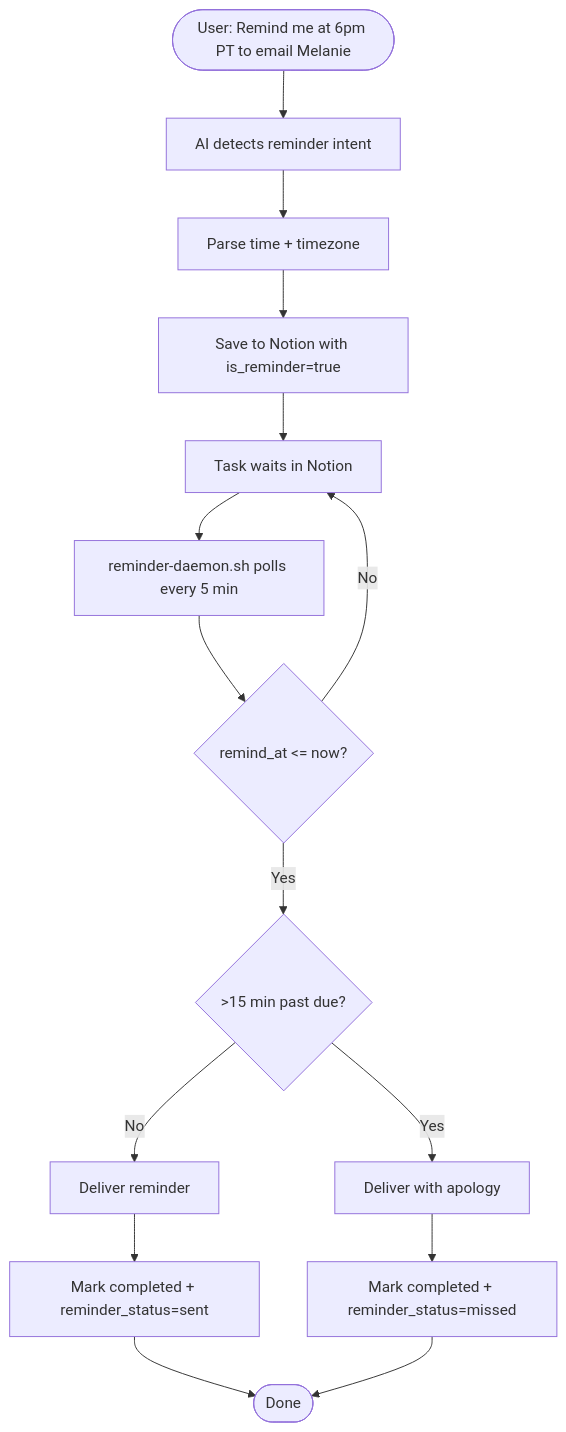
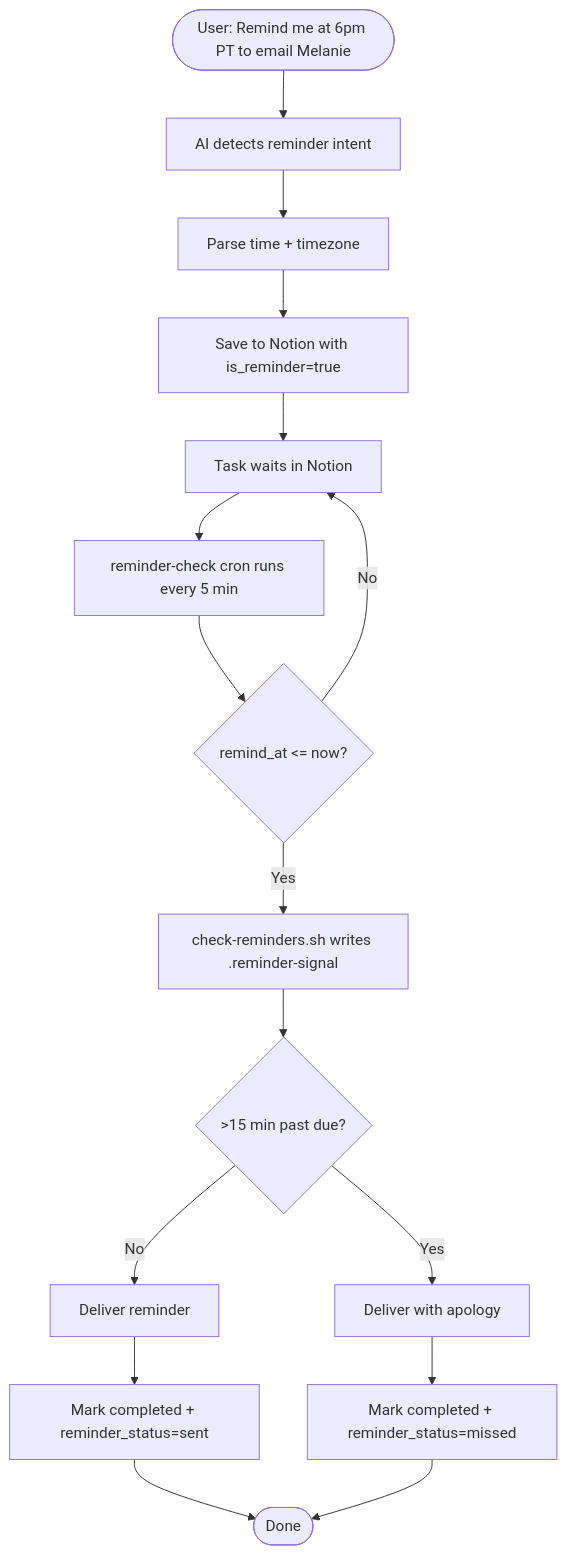
Diagram 28 of 29 in docs/task-lifecycle.md (NickBorgersProbably/hide-my-list), drawn with Mermaid before and after one commit. The commit also changed other lines of this file and 10 other files, not shown here.

Commit message:
docs: align reminder signal flow

````diff
--- a/docs/task-lifecycle.md
+++ b/docs/task-lifecycle.md
@@ -934,21 +934,22 @@
 ```mermaid
 flowchart TD
     Intake([User: Remind me at 6pm PT to email Melanie]) --> Detect[AI detects reminder intent]
     Detect --> Parse[Parse time + timezone]
     Parse --> Save[Save to Notion with is_reminder=true]
 
     Save --> Wait[Task waits in Notion]
-    Wait --> Daemon[reminder-daemon.sh polls every 5 min]
-    Daemon --> Due{remind_at <= now?}
+    Wait --> Cron[reminder-check cron runs every 5 min]
+    Cron --> Due{remind_at <= now?}
     Due -->|No| Wait
-    Due -->|Yes| Late{>15 min past due?}
+    Due -->|Yes| Signal[check-reminders.sh writes .reminder-signal]
+    Signal --> Late{>15 min past due?}
 
     Late -->|No| Send[Deliver reminder]
     Late -->|Yes| SendMissed[Deliver with apology]
 
     Send --> Complete[Mark completed + reminder_status=sent]
     SendMissed --> Complete2[Mark completed + reminder_status=missed]
 
     Complete --> Done([Done])
     Complete2 --> Done
 ```
````
